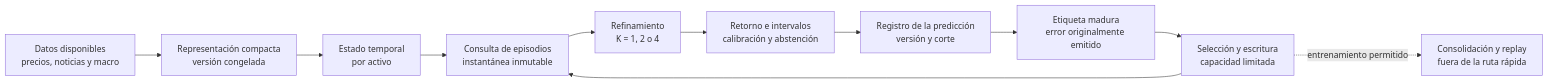
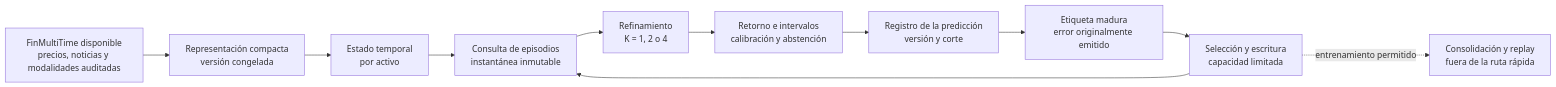
One commit to GonxKZ/mars-titan changed the diagram in docs/research/candidate-architecture.md. Above: the diagram before and after it, drawn with Mermaid. The commit also changed other lines of this file and 21 other files, not shown here.

````diff
--- a/docs/research/candidate-architecture.md
+++ b/docs/research/candidate-architecture.md
@@ -11,13 +11,13 @@
 ```mermaid
 flowchart LR
-    D[Datos disponibles<br/>precios, noticias y macro] --> E[Representación compacta<br/>versión congelada]
+    D[FinMultiTime disponible<br/>precios, noticias y modalidades auditadas] --> E[Representación compacta<br/>versión congelada]
     E --> H[Estado temporal<br/>por activo]
     H --> Q[Consulta de episodios<br/>instantánea inmutable]
     Q --> K[Refinamiento<br/>K = 1, 2 o 4]
     K --> P[Retorno e intervalos<br/>calibración y abstención]
     P --> L[Registro de la predicción<br/>versión y corte]
     L --> Y[Etiqueta madura<br/>error originalmente emitido]
     Y --> W[Selección y escritura<br/>capacidad limitada]
     W --> Q
     W -. entrenamiento permitido .-> C[Consolidación y replay<br/>fuera de la ruta rápida]
 ```
````
